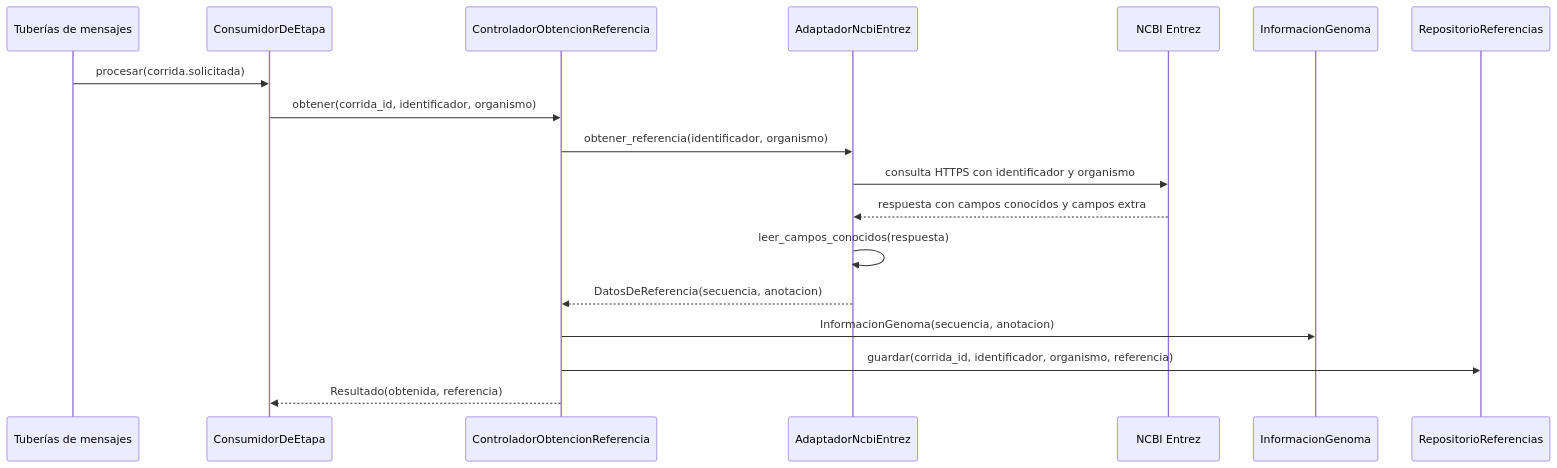
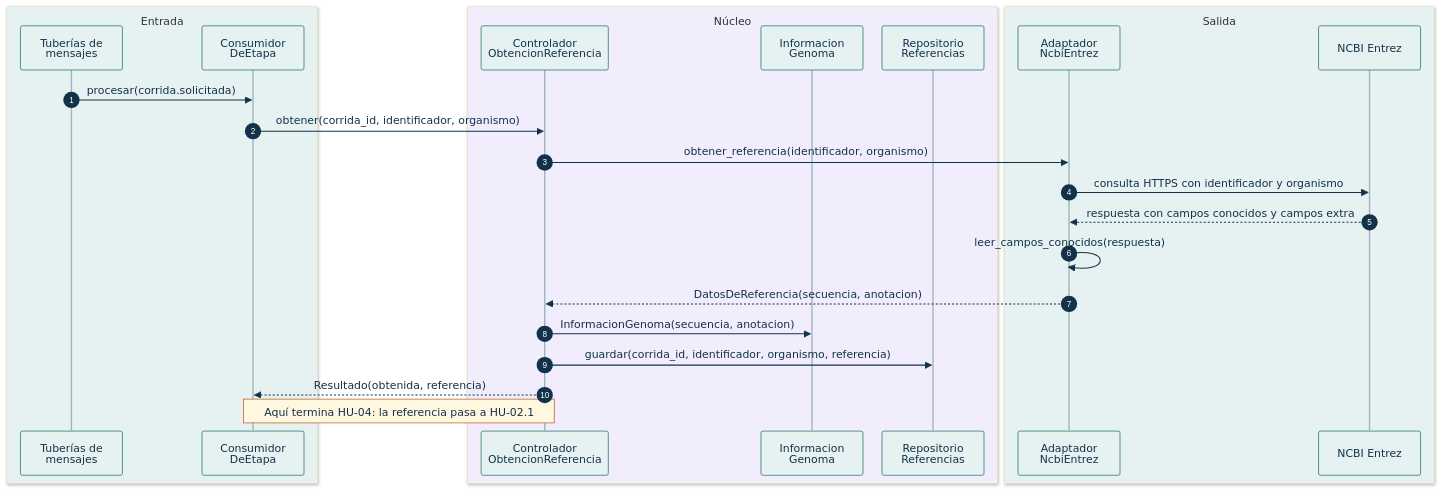
One commit to MatiasRiosMR/PrimerCraft-Pro-2026 changed the second of 4 diagrams in docs/design/diseno-detallado.md. Above: the diagram before and after it, drawn with Mermaid. The commit also changed other lines of this file, not shown here.

Commit message:
docs(tp4): rediseño los diagramas de robustez, secuencia y clases con los colores del proyecto, cajas por capa y mensajes numerados

````diff
--- a/docs/design/diseno-detallado.md
+++ b/docs/design/diseno-detallado.md
@@ -238,20 +248,53 @@
 ```mermaid
+---
+config:
+  theme: base
+  themeVariables:
+    actorBkg: "#e6f2f1"
+    actorBorder: "#0e6660"
+    actorTextColor: "#12324a"
+    actorLineColor: "#9db4ba"
+    signalColor: "#12324a"
+    signalTextColor: "#12324a"
+    sequenceNumberColor: "#ffffff"
+    noteBkgColor: "#fff7e0"
+    noteBorderColor: "#b45309"
+    noteTextColor: "#12324a"
+    labelBoxBkgColor: "#f1edfd"
+    labelBoxBorderColor: "#7c3aed"
+    labelTextColor: "#12324a"
+    loopTextColor: "#12324a"
+  sequence:
+    actorMargin: 28
+    boxMargin: 6
+    boxTextMargin: 8
+    messageMargin: 30
+    noteMargin: 8
+---
 sequenceDiagram
-    participant Brk as Tuberías de mensajes
-    participant Con as ConsumidorDeEtapa
-    participant CO as ControladorObtencionReferencia
-    participant AD as AdaptadorNcbiEntrez
-    participant NCBI as NCBI Entrez
-    participant IG as InformacionGenoma
-    participant REP as RepositorioReferencias
+    autonumber
+    box rgb(230,242,241) Entrada
+        participant Brk as Tuberías de<br/>mensajes
+        participant Con as Consumidor<br/>DeEtapa
+    end
+    box rgb(241,237,253) Núcleo
+        participant CO as Controlador<br/>ObtencionReferencia
+        participant IG as Informacion<br/>Genoma
+        participant REP as Repositorio<br/>Referencias
+    end
+    box rgb(230,242,241) Salida
+        participant AD as Adaptador<br/>NcbiEntrez
+        participant NCBI as NCBI Entrez
+    end
     Brk->>Con: procesar(corrida.solicitada)
     Con->>CO: obtener(corrida_id, identificador, organismo)
     CO->>AD: obtener_referencia(identificador, organismo)
     AD->>NCBI: consulta HTTPS con identificador y organismo
     NCBI-->>AD: respuesta con campos conocidos y campos extra
     AD->>AD: leer_campos_conocidos(respuesta)
     AD-->>CO: DatosDeReferencia(secuencia, anotacion)
     CO->>IG: InformacionGenoma(secuencia, anotacion)
     CO->>REP: guardar(corrida_id, identificador, organismo, referencia)
     CO-->>Con: Resultado(obtenida, referencia)
+    Note over Con,CO: Aquí termina HU-04: la referencia pasa a HU-02.1
 ```
````
